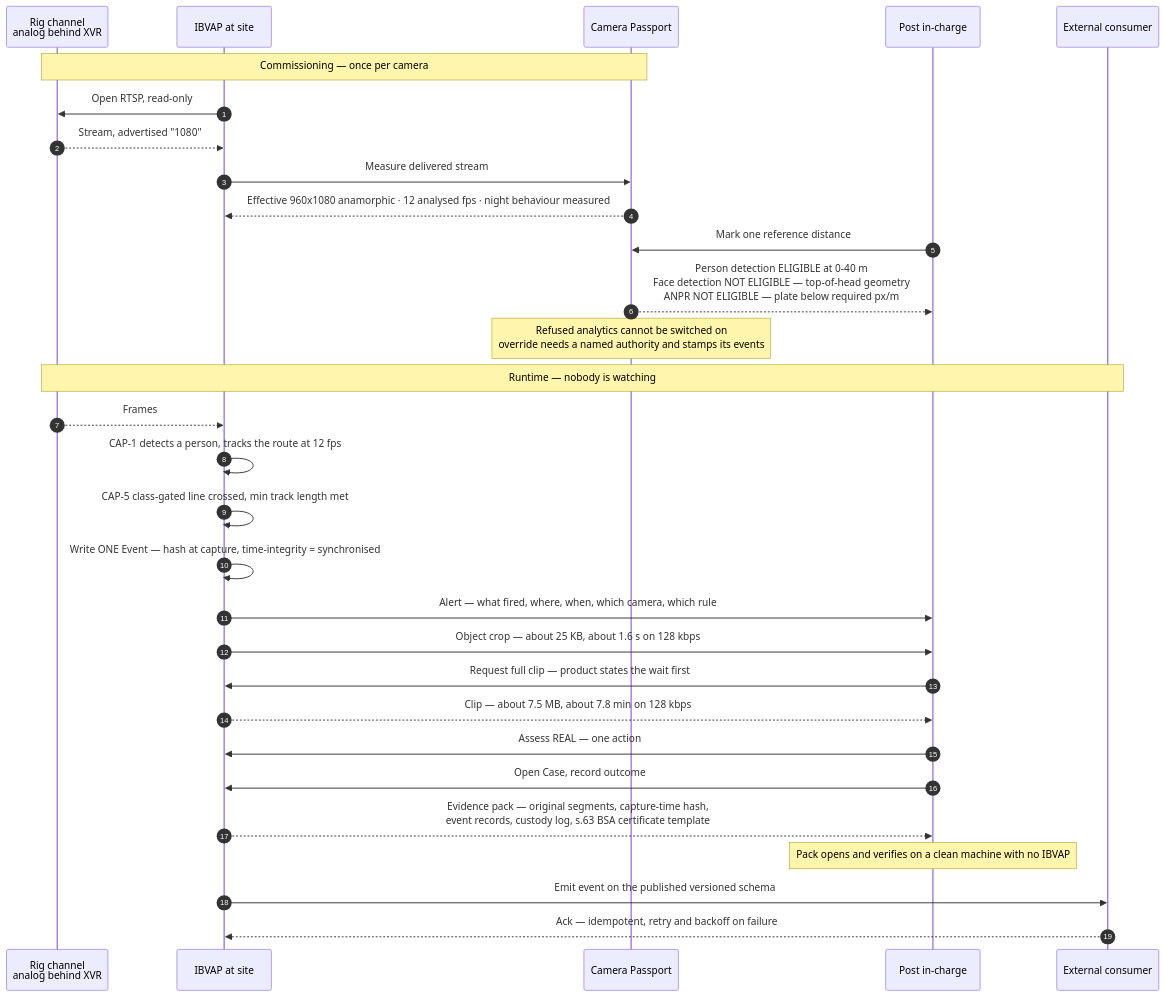
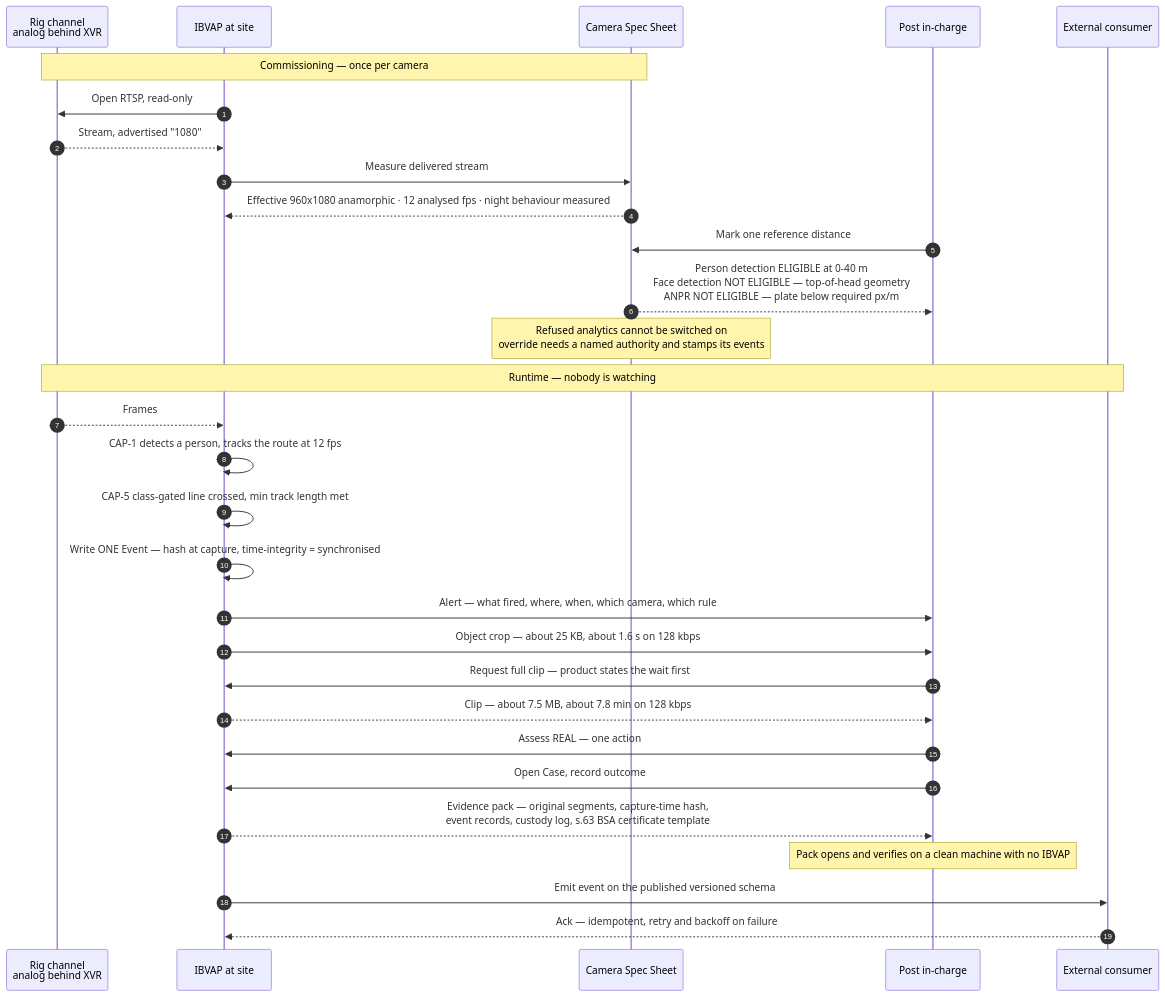
One commit to Sujatx/ibvap changed the fifth of 7 diagrams in docs/02-product/MVP.md. Above: the diagram before and after it, drawn with Mermaid. The commit also changed other lines of this file and 9 other files, not shown here.

````diff
--- a/docs/02-product/MVP.md
+++ b/docs/02-product/MVP.md
@@ -1456,34 +1456,34 @@
 ```mermaid
 sequenceDiagram
     autonumber
     participant CAM as Rig channel<br/>analog behind XVR
     participant IB as IBVAP at site
-    participant PP as Camera Passport
+    participant PP as Camera Spec Sheet
     participant U1 as Post in-charge
     participant EXT as External consumer
 
     Note over CAM,PP: Commissioning — once per camera
     IB->>CAM: Open RTSP, read-only
     CAM-->>IB: Stream, advertised "1080"
     IB->>PP: Measure delivered stream
     PP-->>IB: Effective 960x1080 anamorphic · 12 analysed fps · night behaviour measured
     U1->>PP: Mark one reference distance
     PP-->>U1: Person detection ELIGIBLE at 0-40 m<br/>Face detection NOT ELIGIBLE — top-of-head geometry<br/>ANPR NOT ELIGIBLE — plate below required px/m
     Note over PP: Refused analytics cannot be switched on<br/>override needs a named authority and stamps its events
 
     Note over CAM,EXT: Runtime — nobody is watching
     CAM-->>IB: Frames
     IB->>IB: CAP-1 detects a person, tracks the route at 12 fps
     IB->>IB: CAP-5 class-gated line crossed, min track length met
     IB->>IB: Write ONE Event — hash at capture, time-integrity = synchronised
     IB->>U1: Alert — what fired, where, when, which camera, which rule
     IB->>U1: Object crop — about 25 KB, about 1.6 s on 128 kbps
     U1->>IB: Request full clip — product states the wait first
     IB-->>U1: Clip — about 7.5 MB, about 7.8 min on 128 kbps
     U1->>IB: Assess REAL — one action
     U1->>IB: Open Case, record outcome
     IB-->>U1: Evidence pack — original segments, capture-time hash,<br/>event records, custody log, s.63 BSA certificate template
     Note over U1: Pack opens and verifies on a clean machine with no IBVAP
     IB->>EXT: Emit event on the published versioned schema
     EXT-->>IB: Ack — idempotent, retry and backoff on failure
 ```
````
